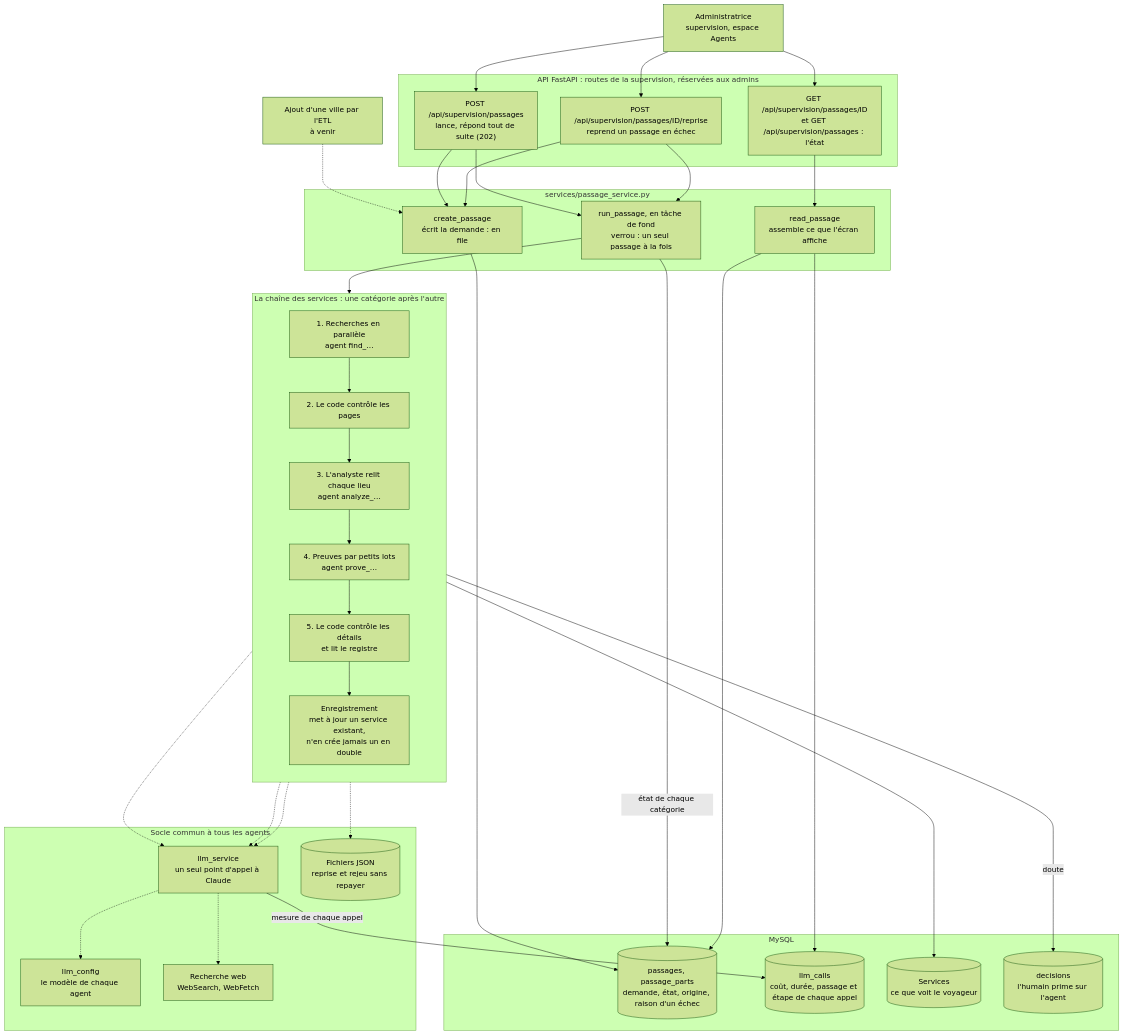
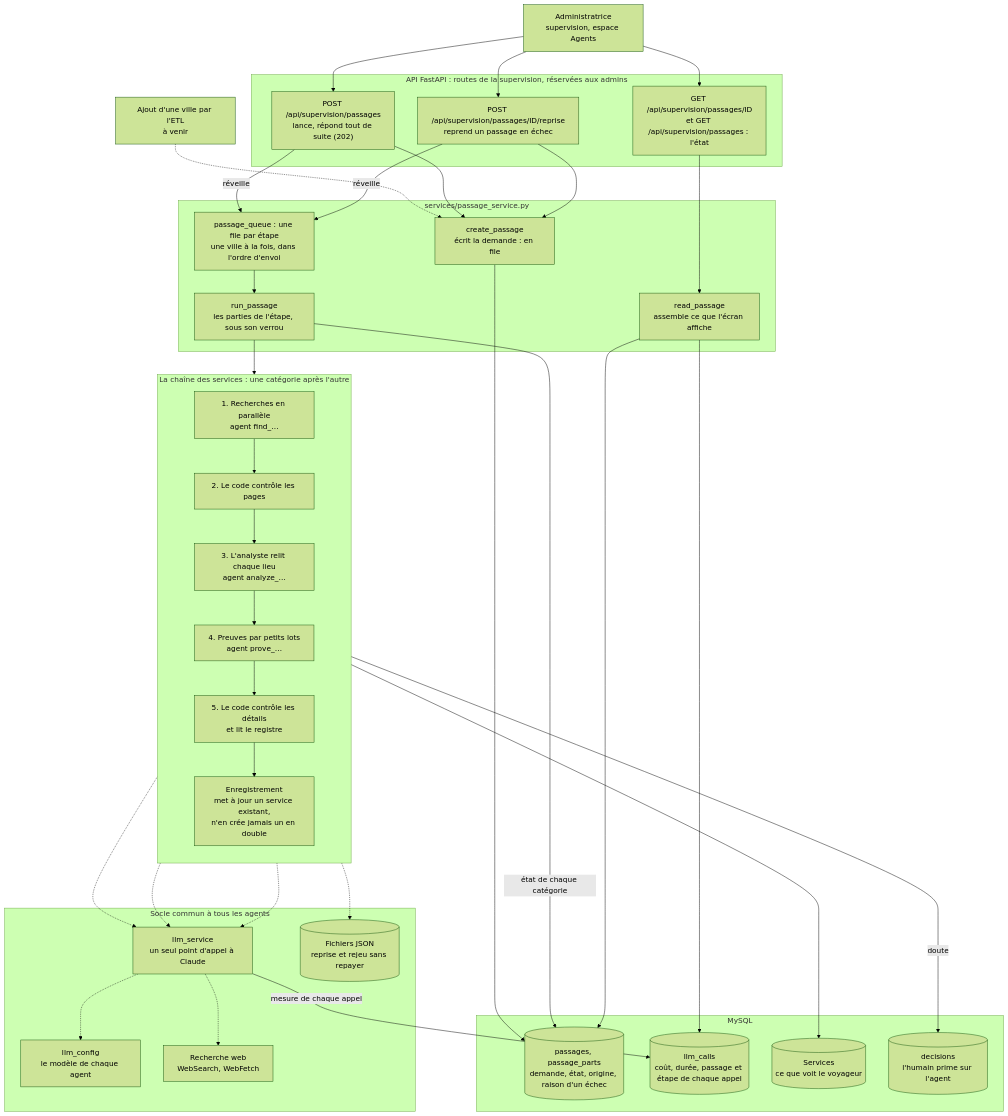
Before and after one commit to natbediee/randovango: the diagram in docs/architecture_agents.md, drawn with Mermaid (forest theme). The commit also changed other lines of this file and 5 other files, not shown here.

Commit message:
Issue 332 : un passage fait les parties de son étape, attend la limite des agents sans échec, et se reprend par la file

````diff
--- a/docs/architecture_agents.md
+++ b/docs/architecture_agents.md
@@ -11,66 +11,68 @@
 ```mermaid
 flowchart TB
     ADMIN["Administratrice<br/>supervision, espace Agents"]
     ETLV["Ajout d'une ville par l'ETL<br/>à venir"]
 
     subgraph API["API FastAPI : routes de la supervision, réservées aux admins"]
         POST["POST /api/supervision/passages<br/>lance, répond tout de suite (202)"]
         RESUME["POST /api/supervision/passages/ID/reprise<br/>reprend un passage en échec"]
         GET["GET /api/supervision/passages/ID<br/>et GET /api/supervision/passages : l'état"]
     end
 
     subgraph SVC["services/passage_service.py"]
         CREATE["create_passage<br/>écrit la demande : en file"]
-        RUN["run_passage, en tâche de fond<br/>verrou : un seul passage à la fois"]
+        QUEUE["passage_queue : une file par étape<br/>une ville à la fois, dans l'ordre d'envoi"]
+        RUN["run_passage<br/>les parties de l'étape, sous son verrou"]
         READ["read_passage<br/>assemble ce que l'écran affiche"]
     end
 
     subgraph CHAIN["La chaîne des services : une catégorie après l'autre"]
         direction TB
         S1["1. Recherches en parallèle<br/>agent find_…"]
         S2["2. Le code contrôle les pages"]
         S3["3. L'analyste relit chaque lieu<br/>agent analyze_…"]
         S4["4. Preuves par petits lots<br/>agent prove_…"]
         S5["5. Le code contrôle les détails<br/>et lit le registre"]
         STORE["Enregistrement<br/>met à jour un service existant,<br/>n'en crée jamais un en double"]
         S1 --> S2 --> S3 --> S4 --> S5 --> STORE
     end
 
     subgraph COMMON["Socle commun à tous les agents"]
         LLM["llm_service<br/>un seul point d'appel à Claude"]
         CONF["llm_config<br/>le modèle de chaque agent"]
         WS["Recherche web<br/>WebSearch, WebFetch"]
         TRACE[("Fichiers JSON<br/>reprise et rejeu sans repayer")]
     end
 
     subgraph DB["MySQL"]
         PASS[("passages, passage_parts<br/>demande, état, origine, raison d'un échec")]
         CALLS[("llm_calls<br/>coût, durée, passage et étape de chaque appel")]
         SERV[("Services<br/>ce que voit le voyageur")]
         DEC[("decisions<br/>l'humain prime sur l'agent")]
     end
 
     ADMIN --> POST
     ADMIN --> RESUME
     ADMIN --> GET
     ETLV -.-> CREATE
     POST --> CREATE
     RESUME --> CREATE
     CREATE --> PASS
-    POST --> RUN
-    RESUME --> RUN
+    POST -- "réveille" --> QUEUE
+    RESUME -- "réveille" --> QUEUE
+    QUEUE --> RUN
     RUN --> CHAIN
     RUN -- "état de chaque catégorie" --> PASS
     S1 -.-> LLM
     S3 -.-> LLM
     S4 -.-> LLM
     LLM -.-> CONF
     LLM -.-> WS
     LLM -- "mesure de chaque appel" --> CALLS
     CHAIN -.-> TRACE
     STORE --> SERV
     S3 -- "doute" --> DEC
     GET --> READ
     READ --> PASS
     READ --> CALLS
 ```
````
